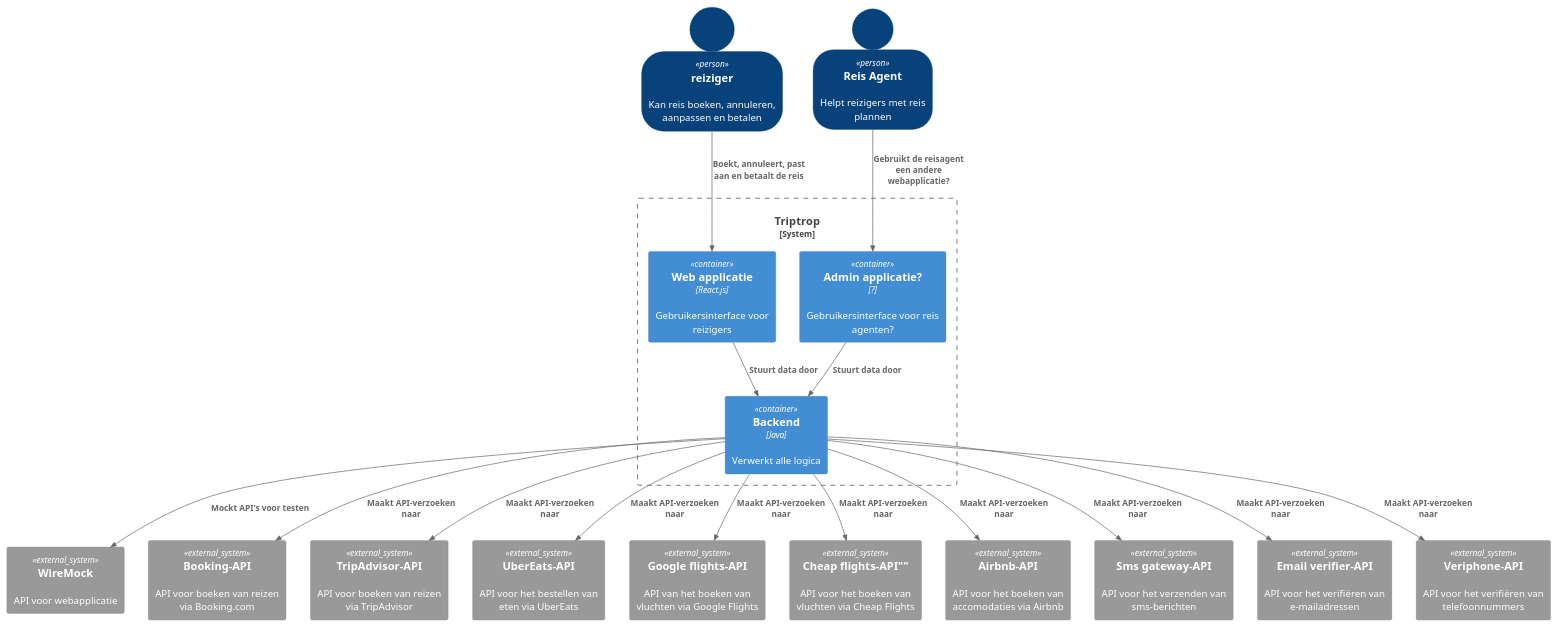
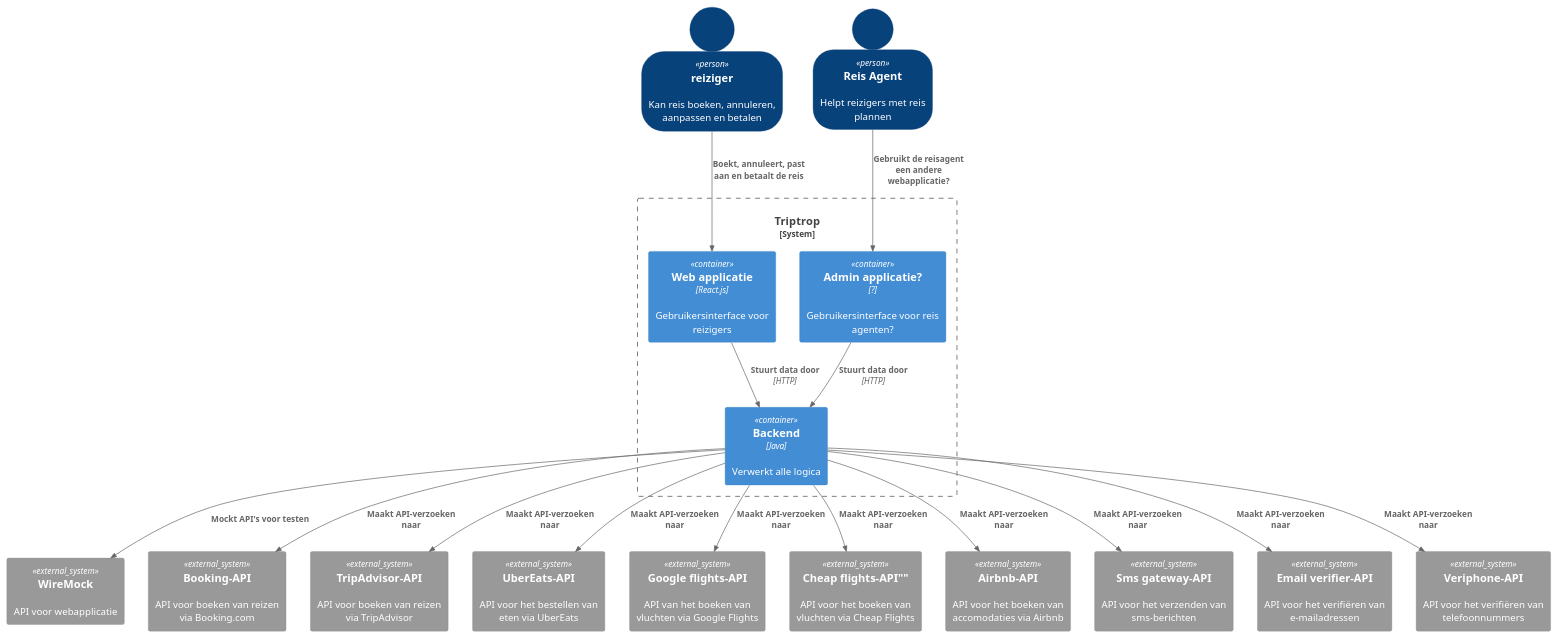
Before and after one commit to AIM-ENE-feb25/triptop-inshallahboys: the diagram in Week1/Les3/Chris/container-diagram/container-triptrop.puml, drawn with PlantUML.

```diff
--- a/Week1/Les3/Chris/container-diagram/container-triptrop.puml
+++ b/Week1/Les3/Chris/container-diagram/container-triptrop.puml
@@ -1,47 +1,47 @@
 @startuml
 !include  https://raw.githubusercontent.com/plantuml-stdlib/C4-PlantUML/master/C4_Container.puml
 
 SHOW_PERSON_OUTLINE()
 
 'Actoren
 Person(reiziger, "reiziger", "Kan reis boeken, annuleren, aanpassen en betalen")
 Person(reisAgent, "Reis Agent", "Helpt reizigers met reis plannen")
 
 'Containers binnen het systeem
 System_Boundary(c4, "Triptrop") {
     Container(webApp, "Web applicatie", "React.js", "Gebruikersinterface voor reizigers")
     Container(adminApp, "Admin applicatie?", "?", "Gebruikersinterface voor reis agenten?")
     Container(backend, "Backend", "Java", "Verwerkt alle logica")
 }
 
 'API's
 System_Ext(wireMock, "WireMock", "API voor webapplicatie")
 System_Ext(bookingAPI, "Booking-API", "API voor boeken van reizen via Booking.com")
 System_Ext(tripAdvisor, "TripAdvisor-API", "API voor boeken van reizen via TripAdvisor")
 System_Ext(uberEats, "UberEats-API", "API voor het bestellen van eten via UberEats")
 System_Ext(googleFlights, "Google flights-API", "API van het boeken van vluchten via Google Flights")
 System_Ext(cheapFlights, Cheap flights-API"", "API voor het boeken van vluchten via Cheap Flights")
 System_Ext(airbnb, "Airbnb-API", "API voor het boeken van accomodaties via Airbnb")
 System_Ext(smsGateway, "Sms gateway-API", "API voor het verzenden van sms-berichten")
 System_Ext(emailVerifier, "Email verifier-API", "API voor het verifiëren van e-mailadressen")
 System_Ext(veriphone, "Veriphone-API", "API voor het verifiëren van telefoonnummers")
 
 'Relaties
-Rel(webApp, backend, "Stuurt data door")
-Rel(adminApp, backend, "Stuurt data door")
+Rel(webApp, backend, "Stuurt data door", "HTTP")
+Rel(adminApp, backend, "Stuurt data door", "HTTP")
 Rel(reisAgent, adminApp, "Gebruikt de reisagent een andere webapplicatie?")
 Rel(reiziger, webApp, "Boekt, annuleert, past aan en betaalt de reis")
 
 Rel(backend, wireMock, "Mockt API's voor testen")
 Rel(backend, bookingAPI, "Maakt API-verzoeken naar")
 Rel(backend, tripAdvisor, "Maakt API-verzoeken naar")
 Rel(backend, uberEats, "Maakt API-verzoeken naar")
 Rel(backend, googleFlights, "Maakt API-verzoeken naar")
 Rel(backend, cheapFlights, "Maakt API-verzoeken naar")
 Rel(backend, airbnb, "Maakt API-verzoeken naar")
 Rel(backend, smsGateway, "Maakt API-verzoeken naar")
 Rel(backend, emailVerifier, "Maakt API-verzoeken naar")
 Rel(backend, veriphone, "Maakt API-verzoeken naar")
 
 
 @enduml
```
